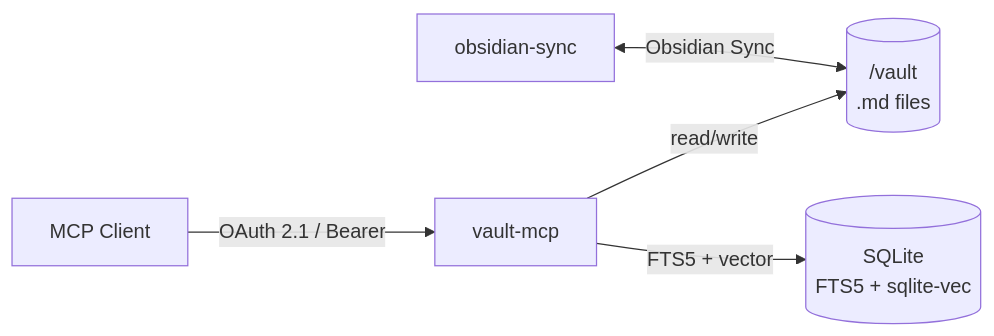
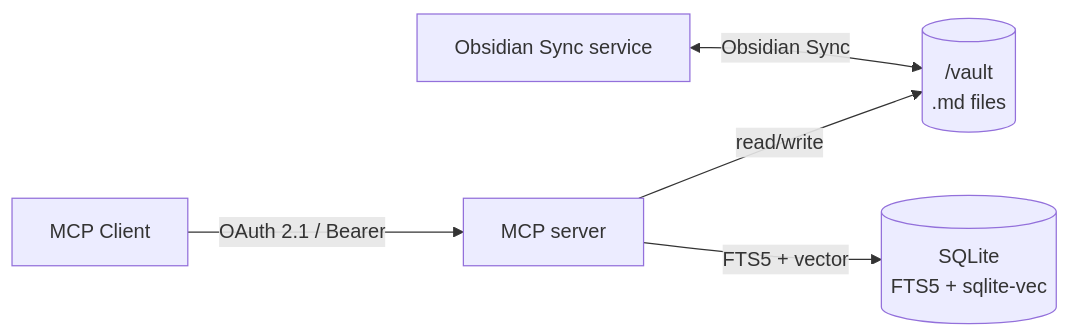
The diagram in README.md (aliasunder/vault-cortex), drawn with Mermaid before and after one commit. The commit also changed other lines of this file and 61 other files, not shown here.

````diff
--- a/README.md
+++ b/README.md
@@ -158,7 +158,7 @@
 ```mermaid
 graph LR
-    Client["MCP Client"] -->|OAuth 2.1 / Bearer| Server["vault-mcp"]
+    Client["MCP Client"] -->|OAuth 2.1 / Bearer| Server["MCP server"]
     Server -->|read/write| Vault[("/vault<br/>.md files")]
     Server -->|FTS5 + vector| SQLite[("SQLite\nFTS5 + sqlite-vec")]
-    Sync["obsidian-sync"] <-->|Obsidian Sync| Vault
+    Sync["Obsidian Sync service"] <-->|Obsidian Sync| Vault
 ```
````
